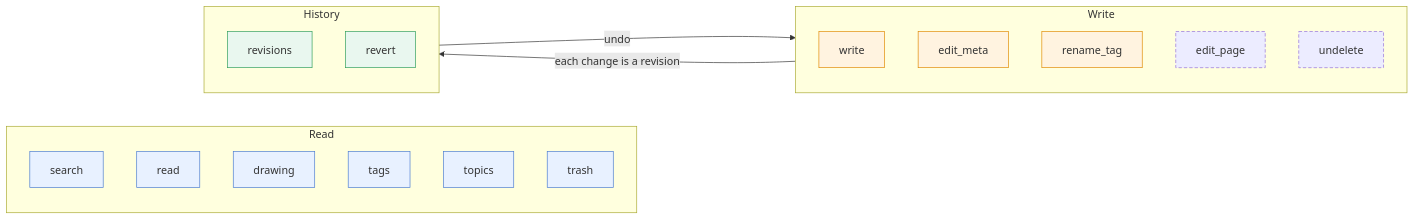
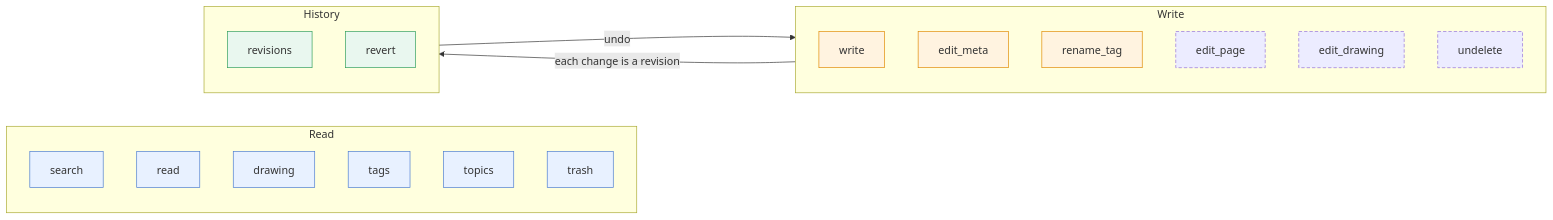
One commit to gilesknap/scrap changed the diagram in docs/reference/mcp.md. Above: the diagram before and after it, drawn with Mermaid. The commit also changed other lines of this file and 8 other files, not shown here.

First line of the commit message:
Add edit_drawing MCP tool and document the phone-to-Claude-Code route (#228)

````diff
--- a/docs/reference/mcp.md
+++ b/docs/reference/mcp.md
@@ -24,29 +24,30 @@
 ```mermaid
 flowchart LR
     classDef read fill:#e8f1ff,stroke:#4a7bd0
     classDef claude fill:#fff3e0,stroke:#e08a00
     classDef user fill:#e9f7ef,stroke:#2e9d5b
     classDef opt stroke-dasharray: 5 3
 
     subgraph R["Read"]
         search:::read
         read:::read
         drawing:::read
         tags:::read
         topics:::read
         trash:::read
     end
     subgraph W["Write"]
         write:::claude
         edit_meta:::claude
         rename_tag:::claude
         edit_page:::opt
+        edit_drawing:::opt
         undelete:::opt
     end
     subgraph H["History"]
         revisions:::user
         revert:::user
     end
     W -->|"each change is a revision"| H
     H -->|"undo"| W
 ```
````
